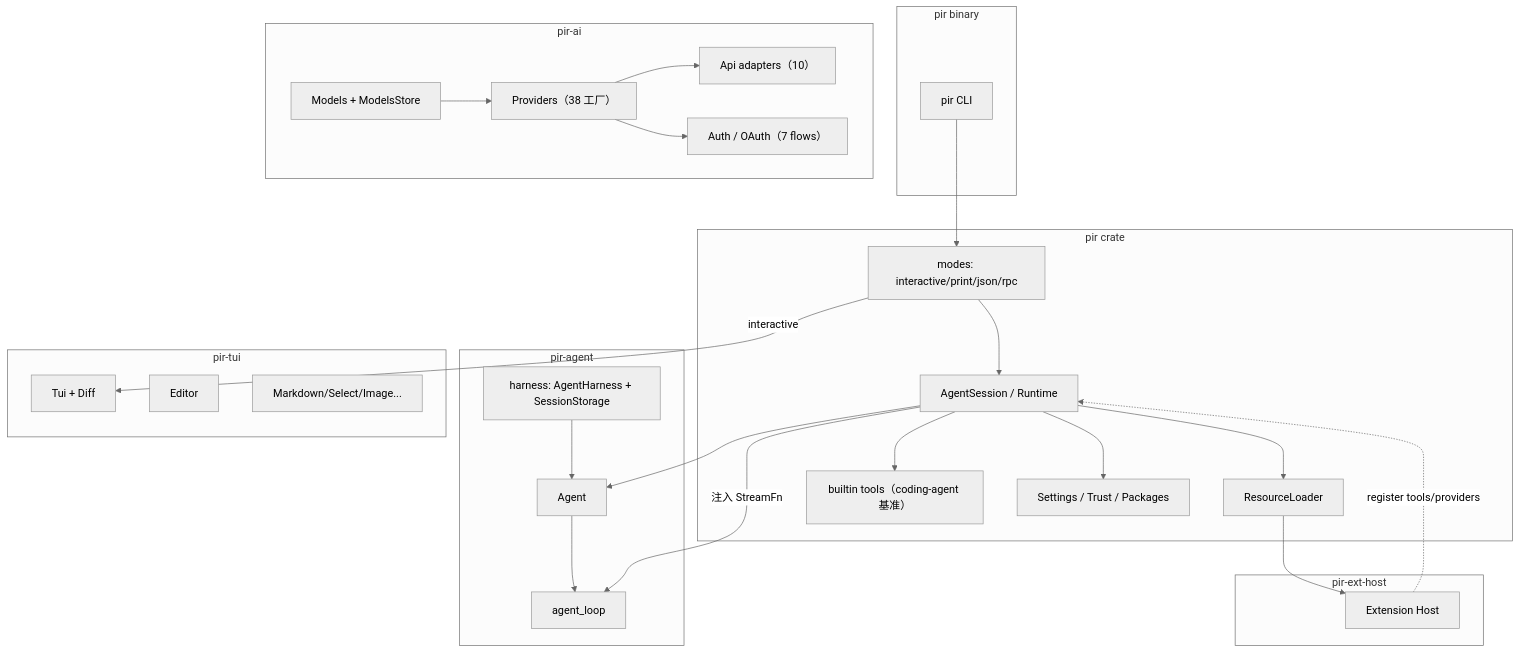
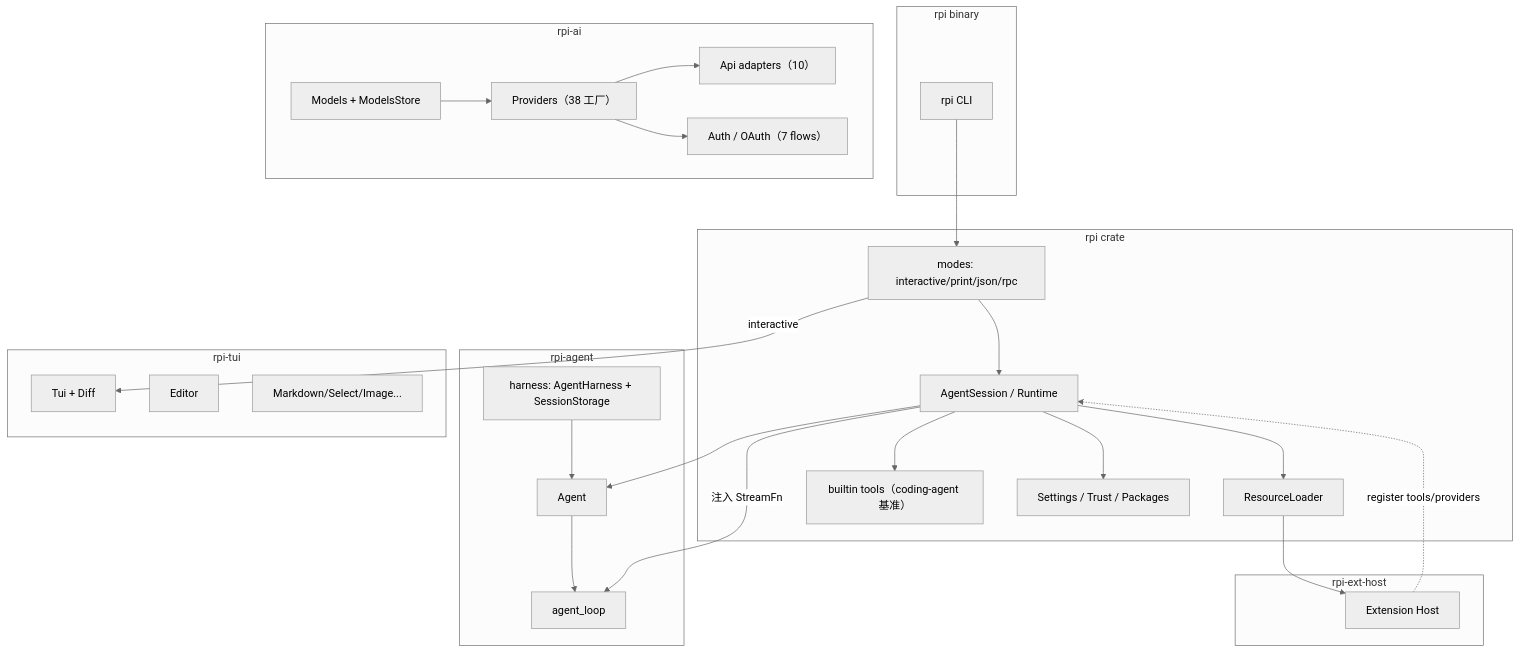
The first of 2 diagrams in docs/02-design.md (revpidev/rpi), drawn with Mermaid (neutral theme) before and after one commit. The commit also changed other lines of this file and 964 other files, not shown here.

First line of the commit message:
feat: 项目改名 pir → rpi（ADR-0010，对应域名 resetpi.com）——crate/env/配置目录/ABI/文档/站点全量迁移

````diff
--- a/docs/02-design.md
+++ b/docs/02-design.md
@@ -45,53 +45,53 @@
 ```mermaid
 flowchart TB
-  subgraph bins["pir binary"]
-    CLI[pir CLI]
+  subgraph bins["rpi binary"]
+    CLI[rpi CLI]
   end
 
-  subgraph coding["pir crate"]
+  subgraph coding["rpi crate"]
     Modes[modes: interactive/print/json/rpc]
     Session[AgentSession / Runtime]
     Resources[ResourceLoader]
     Tools[builtin tools（coding-agent 基准）]
     Settings[Settings / Trust / Packages]
   end
 
-  subgraph core["pir-agent"]
+  subgraph core["rpi-agent"]
     Agent[Agent]
     Loop[agent_loop]
     Harness[harness: AgentHarness + SessionStorage]
   end
 
-  subgraph ai["pir-ai"]
+  subgraph ai["rpi-ai"]
     Models[Models + ModelsStore]
     Providers[Providers（38 工厂）]
     Api[Api adapters（10）]
     Auth[Auth / OAuth（7 flows）]
   end
 
-  subgraph tui["pir-tui"]
+  subgraph tui["rpi-tui"]
     Tui[Tui + Diff]
     Editor[Editor]
     Widgets[Markdown/Select/Image...]
   end
 
-  subgraph ext["pir-ext-host"]
+  subgraph ext["rpi-ext-host"]
     Host[Extension Host]
   end
 
   CLI --> Modes
   Modes --> Session
   Session --> Agent
   Session --> Resources
   Session --> Tools
   Session --> Settings
   Agent --> Loop
   Harness --> Agent
   Session -->|注入 StreamFn| Loop
   Models --> Providers
   Providers --> Api
   Providers --> Auth
   Modes -->|interactive| Tui
   Resources --> Host
   Host -.->|register tools/providers| Session
 ```
````
